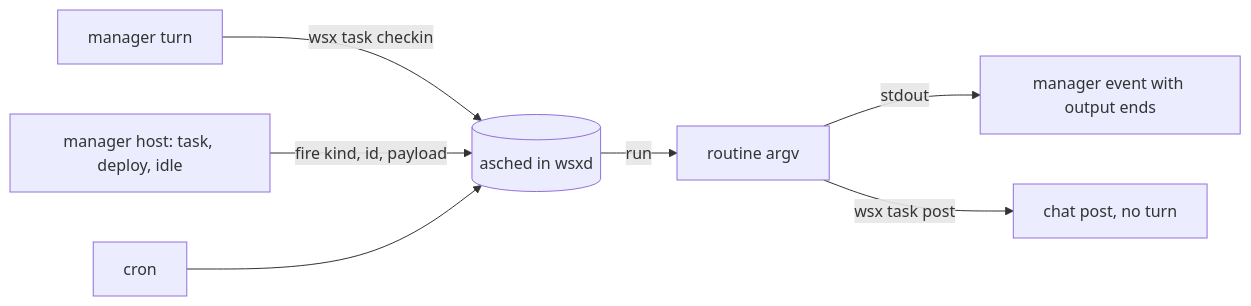
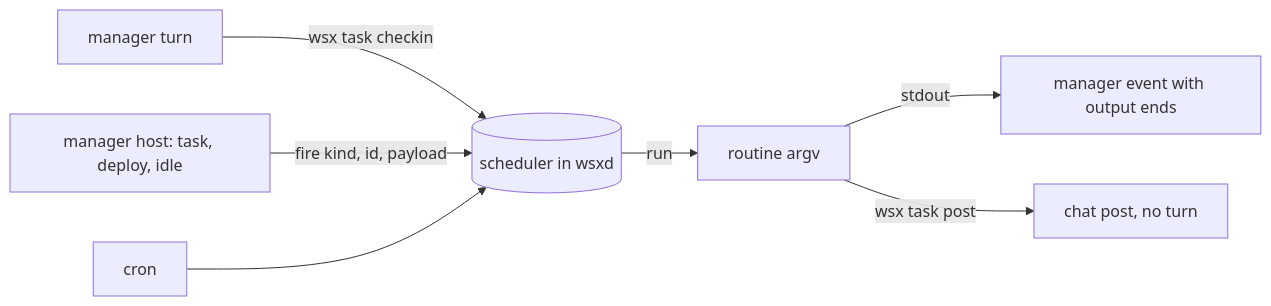
One commit to vlwkaos/wsx changed the diagram in docs/design/dynamic-routines-retrospect.md. Above: the diagram before and after it, drawn with Mermaid. The commit also changed other lines of this file and 107 other files, not shown here.

First line of the commit message:
feat(routine): wsxd runs the routine scheduler itself and imports asched's store once

````diff
--- a/docs/design/dynamic-routines-retrospect.md
+++ b/docs/design/dynamic-routines-retrospect.md
@@ -19,9 +19,9 @@
 ```mermaid
 flowchart LR
-  M[manager turn] -->|wsx task checkin| A[(asched in wsxd)]
+  M[manager turn] -->|wsx task checkin| A[(scheduler in wsxd)]
   H[manager host: task, deploy, idle] -->|fire kind, id, payload| A
   C[cron] --> A
   A -->|run| R[routine argv]
   R -->|stdout| E[manager event with output ends]
   R -->|wsx task post| P[chat post, no turn]
 ```
````
